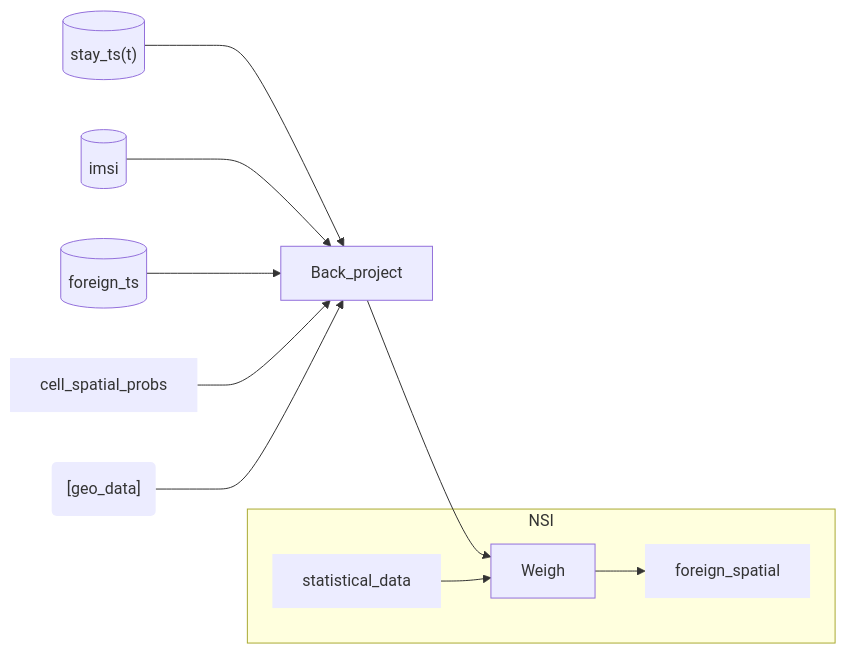
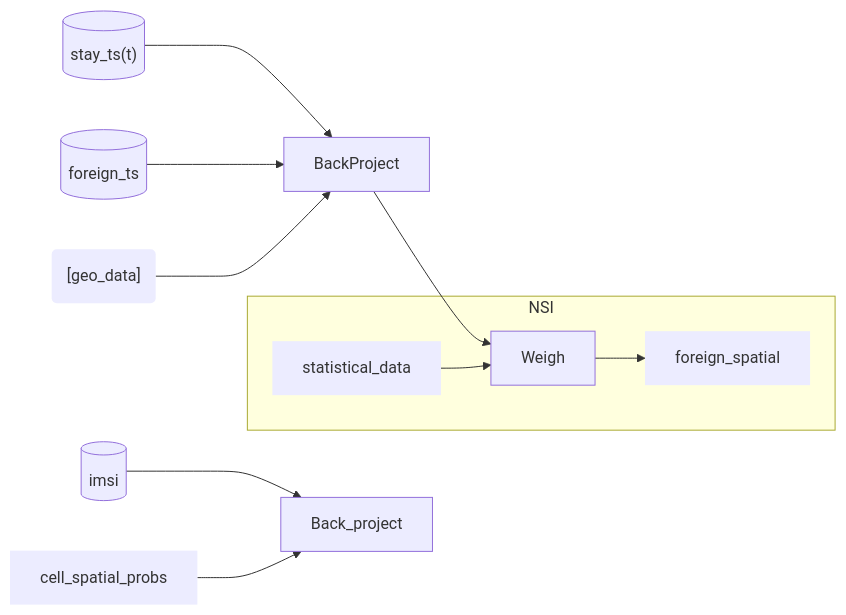
Diagram 14 of 14 in README.md (djvanderlaan/pipeline), drawn with Mermaid before and after one commit. The commit also changed other lines of this file, not shown here.

````diff
--- a/README.md
+++ b/README.md
@@ -177,18 +177,18 @@
 ```mermaid
 flowchart LR
 
-stay_ts[("stay_ts(t)")] --> Back_project --> Weigh 
+stay_ts[("stay_ts(t)")] --> BackProject --> Weigh 
 
 imsi[("imsi")] --> Back_project
-foreign_ts[("foreign_ts")] --> Back_project
+foreign_ts[("foreign_ts")] --> BackProject
 
 cell_spatial_probs:::data --> Back_project
-geo_data("[geo_data]"):::data --> Back_project
+geo_data("[geo_data]"):::data --> BackProject
 
 subgraph NSI
   Weigh --> foreign_spatial:::data
   statistical_data:::data --> Weigh
 end
 
 classDef data stroke-width:0px
 ```
````
